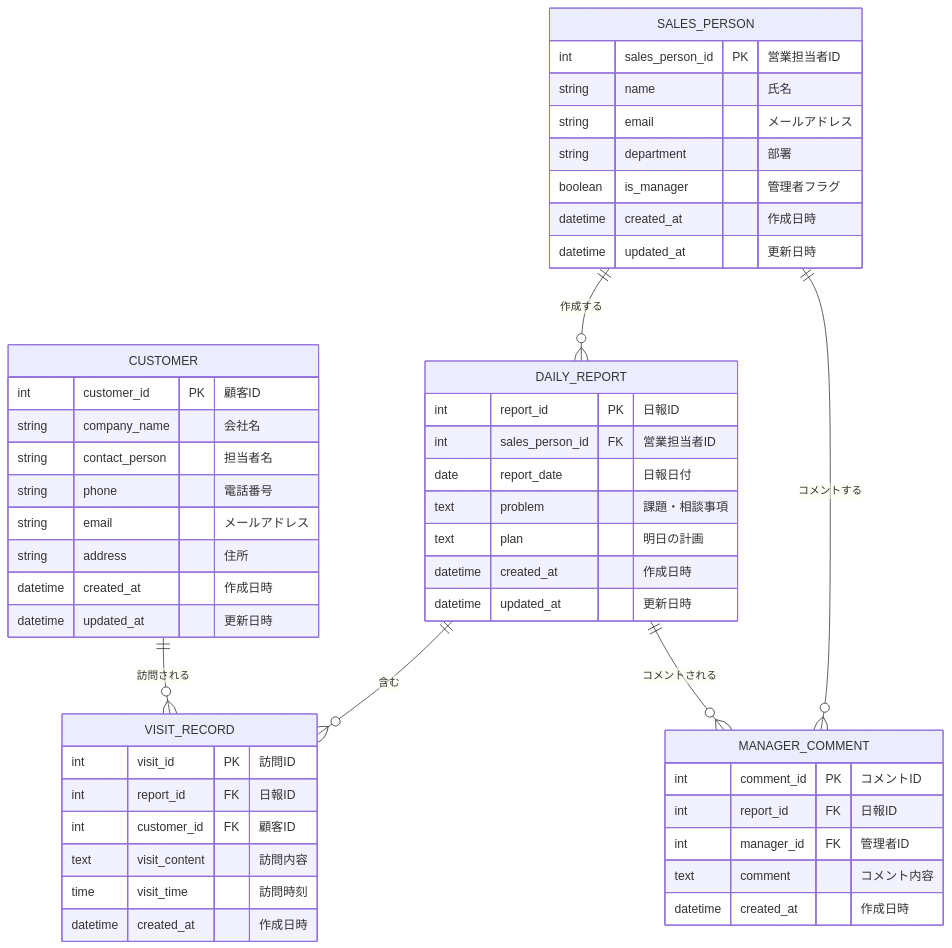
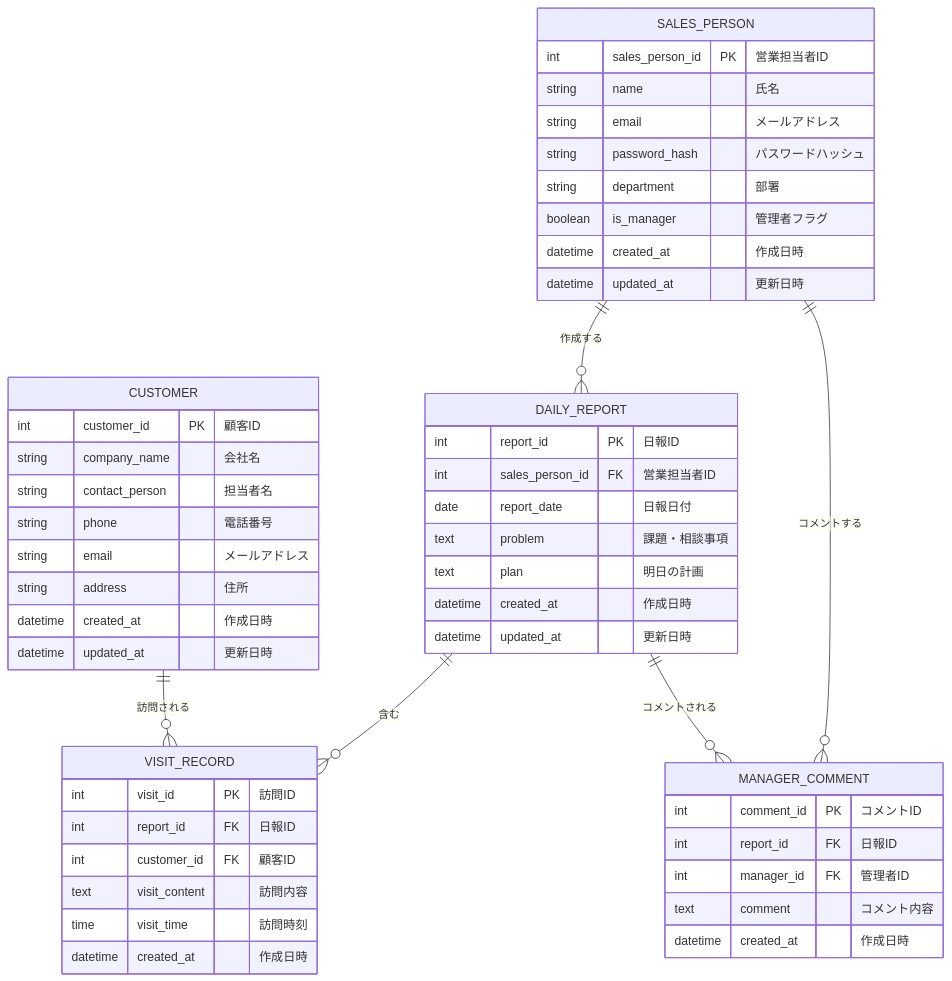
The diagram in doc/ER_DIAGRAM.md (hiroshees/daily-report), drawn with Mermaid before and after one commit. The commit also changed 2 other files, not shown here.

Commit message:
権限・削除ポリシーを確定しドキュメントを更新
- 閲覧は全員分、作成・編集・削除は自分の日報のみ（階層は持たない）
- 営業担当者・顧客は参照されていれば削除不可、なければ物理削除
- ER図にSALES_PERSON.password_hashを追加
- API仕様にDELETEの409条件とRESOURCE_IN_USEを追加

````diff
--- a/doc/ER_DIAGRAM.md
+++ b/doc/ER_DIAGRAM.md
@@ -1,62 +1,63 @@
 ```mermaid
 erDiagram
     %% 営業マスタ
     SALES_PERSON {
         int sales_person_id PK "営業担当者ID"
         string name "氏名"
         string email "メールアドレス"
+        string password_hash "パスワードハッシュ"
         string department "部署"
         boolean is_manager "管理者フラグ"
         datetime created_at "作成日時"
         datetime updated_at "更新日時"
     }
 
     %% 顧客マスタ
     CUSTOMER {
         int customer_id PK "顧客ID"
         string company_name "会社名"
         string contact_person "担当者名"
         string phone "電話番号"
         string email "メールアドレス"
         string address "住所"
         datetime created_at "作成日時"
         datetime updated_at "更新日時"
     }
 
     %% 日報
     DAILY_REPORT {
         int report_id PK "日報ID"
         int sales_person_id FK "営業担当者ID"
         date report_date "日報日付"
         text problem "課題・相談事項"
         text plan "明日の計画"
         datetime created_at "作成日時"
         datetime updated_at "更新日時"
     }
 
     %% 訪問記録
     VISIT_RECORD {
         int visit_id PK "訪問ID"
         int report_id FK "日報ID"
         int customer_id FK "顧客ID"
         text visit_content "訪問内容"
         time visit_time "訪問時刻"
         datetime created_at "作成日時"
     }
 
     %% 上長コメント
     MANAGER_COMMENT {
         int comment_id PK "コメントID"
         int report_id FK "日報ID"
         int manager_id FK "管理者ID"
         text comment "コメント内容"
         datetime created_at "作成日時"
     }
 
     %% リレーションシップ
     SALES_PERSON ||--o{ DAILY_REPORT : "作成する"
     DAILY_REPORT ||--o{ VISIT_RECORD : "含む"
     CUSTOMER ||--o{ VISIT_RECORD : "訪問される"
     DAILY_REPORT ||--o{ MANAGER_COMMENT : "コメントされる"
     SALES_PERSON ||--o{ MANAGER_COMMENT : "コメントする"
 ```
````
